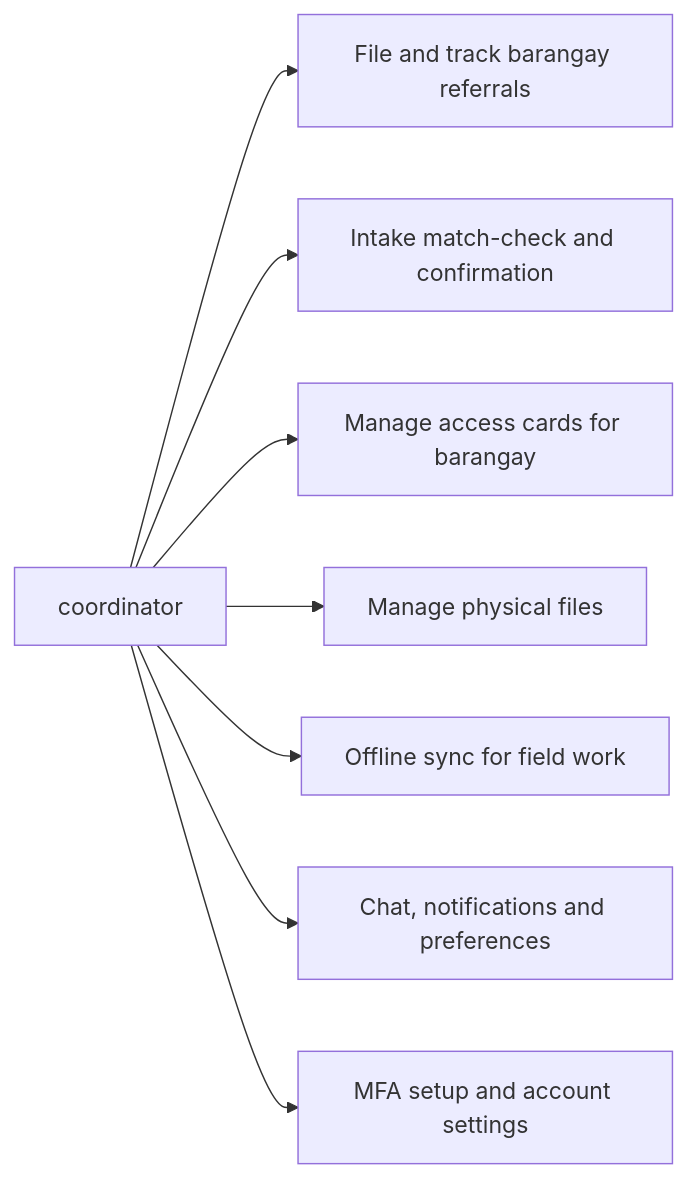
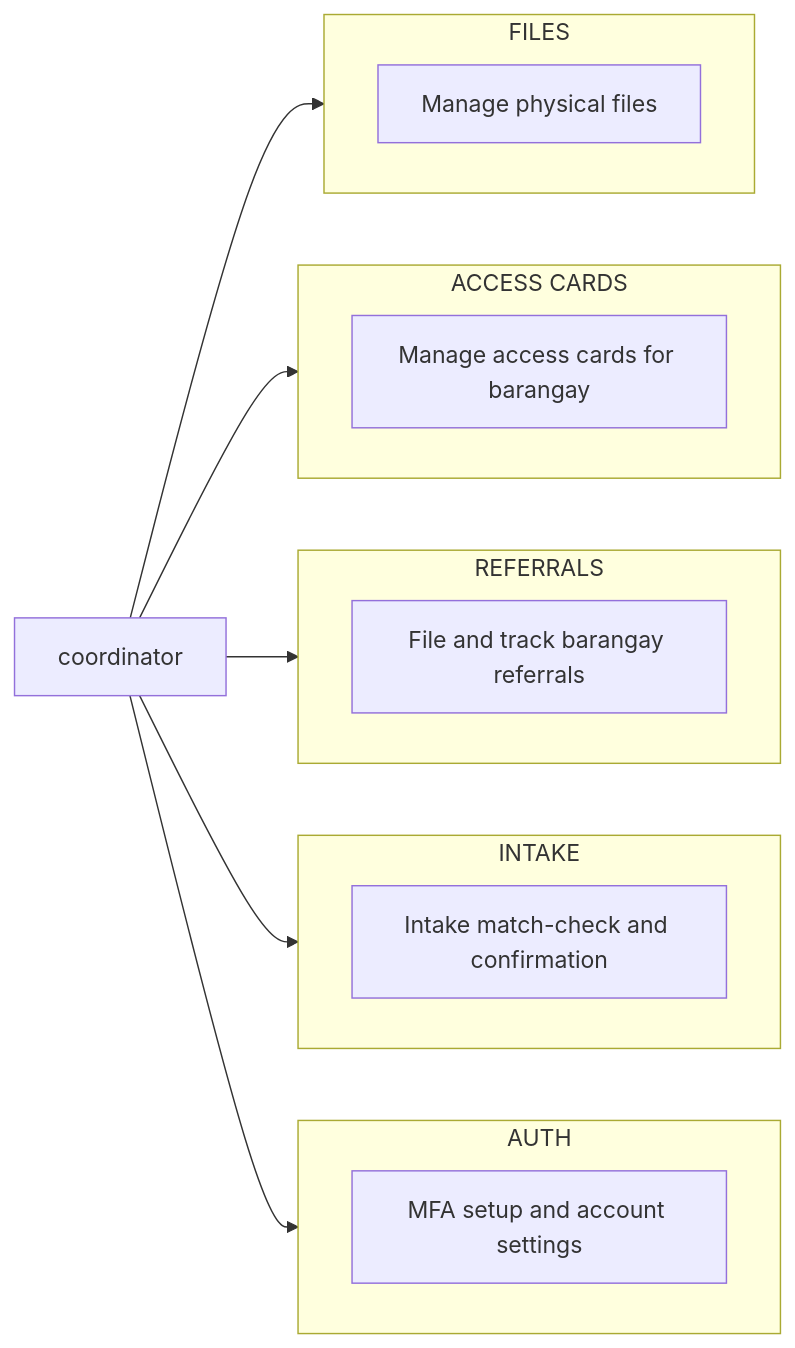
One commit to urlsalimbot/THESIS1-KAPWA changed the fifth of 11 diagrams in docs/diagrams/02-use-case-diagram.md. Above: the diagram before and after it, drawn with Mermaid. The commit also changed other lines of this file, not shown here.

Commit message:
docs: group use cases by category within each per-role diagram

````diff
--- a/docs/diagrams/02-use-case-diagram.md
+++ b/docs/diagrams/02-use-case-diagram.md
@@ -80,11 +176,35 @@
 ```mermaid
 flowchart LR
     CO["coordinator"]
-    CO --> UC1["File and track barangay referrals"]
-    CO --> UC2["Intake match-check and confirmation"]
-    CO --> UC3["Manage access cards for barangay"]
-    CO --> UC4["Manage physical files"]
-    CO --> UC5["Offline sync for field work"]
-    CO --> UC6["Chat, notifications and preferences"]
-    CO --> UC7["MFA setup and account settings"]
+
+    subgraph Auth[AUTH]
+        direction LR
+        K1["MFA setup and account settings"]
+    end
+
+    subgraph Intake[INTAKE]
+        direction LR
+        K2["Intake match-check and confirmation"]
+    end
+
+    subgraph Referrals[REFERRALS]
+        direction LR
+        K3["File and track barangay referrals"]
+    end
+
+    subgraph AccessCards[ACCESS CARDS]
+        direction LR
+        K4["Manage access cards for barangay"]
+    end
+
+    subgraph Files[FILES]
+        direction LR
+        K5["Manage physical files"]
+    end
+
+    CO --> K1
+    CO --> K2
+    CO --> K3
+    CO --> K4
+    CO --> K5
 ```
````
